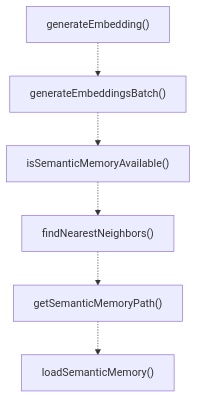
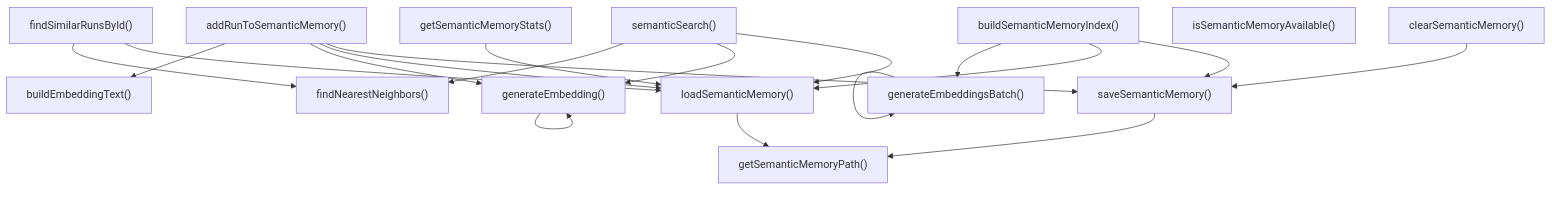
One commit to Mekann2904/mekann changed the third of 4 diagrams in ABDD/.pi/lib/semantic-memory.md. Above: the diagram before and after it, drawn with Mermaid. The commit also changed other lines of this file and 277 other files, not shown here.

````diff
--- a/ABDD/.pi/lib/semantic-memory.md
+++ b/ABDD/.pi/lib/semantic-memory.md
@@ -95,14 +95,35 @@
 ```mermaid
 flowchart TD
+  addRunToSemanticMemory["addRunToSemanticMemory()"]
+  buildEmbeddingText["buildEmbeddingText()"]
+  buildSemanticMemoryIndex["buildSemanticMemoryIndex()"]
+  clearSemanticMemory["clearSemanticMemory()"]
+  findNearestNeighbors["findNearestNeighbors()"]
+  findSimilarRunsById["findSimilarRunsById()"]
   generateEmbedding["generateEmbedding()"]
   generateEmbeddingsBatch["generateEmbeddingsBatch()"]
+  getSemanticMemoryPath["getSemanticMemoryPath()"]
+  getSemanticMemoryStats["getSemanticMemoryStats()"]
   isSemanticMemoryAvailable["isSemanticMemoryAvailable()"]
-  findNearestNeighbors["findNearestNeighbors()"]
-  getSemanticMemoryPath["getSemanticMemoryPath()"]
   loadSemanticMemory["loadSemanticMemory()"]
-  generateEmbedding -.-> generateEmbeddingsBatch
-  generateEmbeddingsBatch -.-> isSemanticMemoryAvailable
-  isSemanticMemoryAvailable -.-> findNearestNeighbors
-  findNearestNeighbors -.-> getSemanticMemoryPath
-  getSemanticMemoryPath -.-> loadSemanticMemory
+  saveSemanticMemory["saveSemanticMemory()"]
+  semanticSearch["semanticSearch()"]
+  addRunToSemanticMemory --> buildEmbeddingText
+  addRunToSemanticMemory --> generateEmbedding
+  addRunToSemanticMemory --> loadSemanticMemory
+  addRunToSemanticMemory --> saveSemanticMemory
+  buildSemanticMemoryIndex --> generateEmbeddingsBatch
+  buildSemanticMemoryIndex --> loadSemanticMemory
+  buildSemanticMemoryIndex --> saveSemanticMemory
+  clearSemanticMemory --> saveSemanticMemory
+  findSimilarRunsById --> findNearestNeighbors
+  findSimilarRunsById --> loadSemanticMemory
+  generateEmbedding --> generateEmbedding
+  generateEmbeddingsBatch --> generateEmbeddingsBatch
+  getSemanticMemoryStats --> loadSemanticMemory
+  loadSemanticMemory --> getSemanticMemoryPath
+  saveSemanticMemory --> getSemanticMemoryPath
+  semanticSearch --> findNearestNeighbors
+  semanticSearch --> generateEmbedding
+  semanticSearch --> loadSemanticMemory
 ```
````
